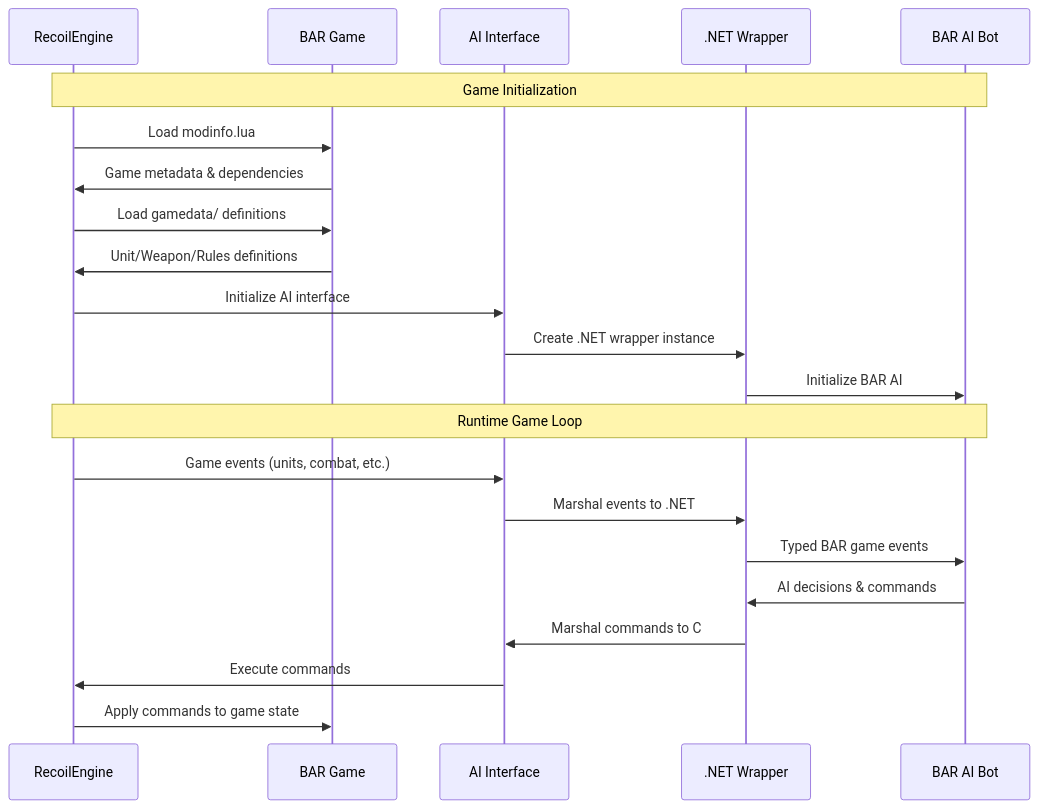
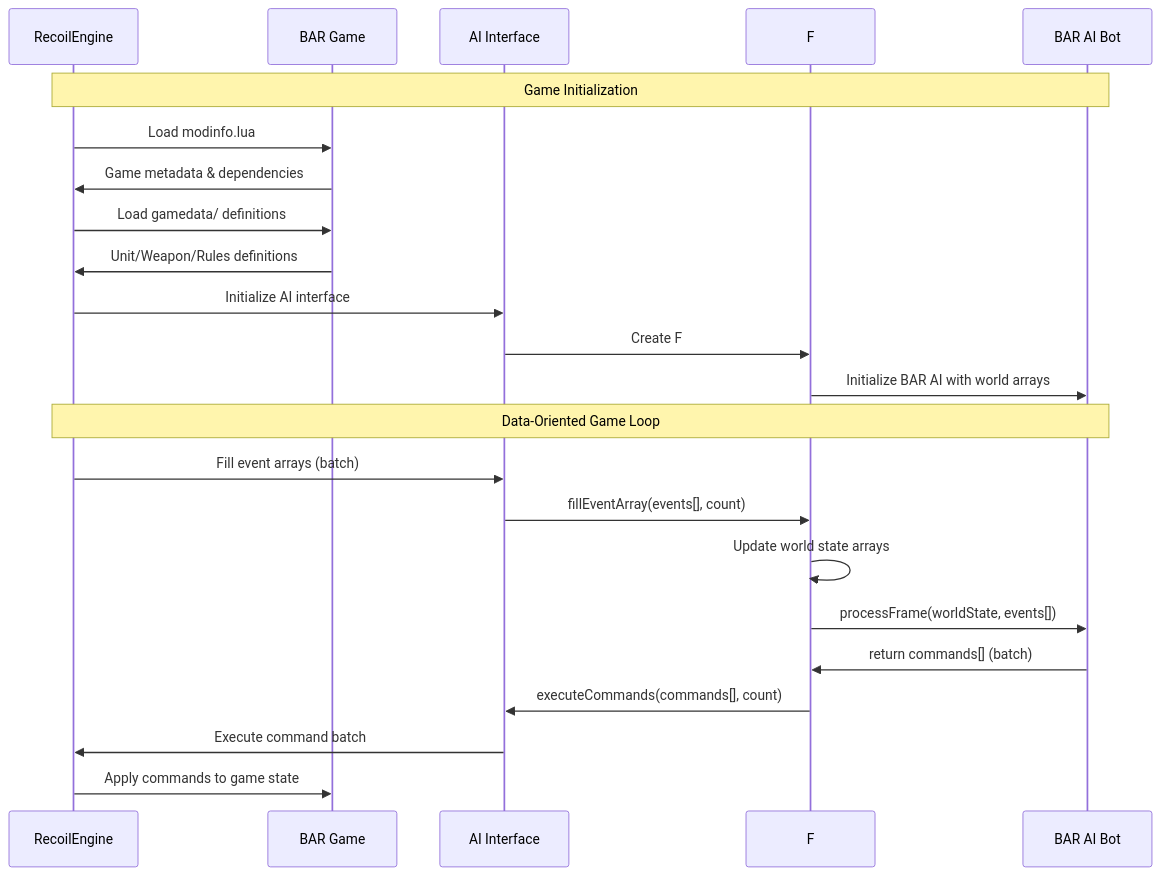
One commit to EHotwagner/RecoilEngine changed the second of 2 diagrams in AI/Wrappers/DotNet/BarIntegration.md. Above: the diagram before and after it, drawn with Mermaid.

Commit message:
Refactor sequence diagram: Update .NET wrapper references to F# wrapper and enhance data-oriented game loop representation

````diff
--- a/AI/Wrappers/DotNet/BarIntegration.md
+++ b/AI/Wrappers/DotNet/BarIntegration.md
@@ -104,26 +104,27 @@
 ```mermaid
 sequenceDiagram
     participant Engine as RecoilEngine
     participant BAR as BAR Game
     participant AI as AI Interface
-    participant DotNet as .NET Wrapper
+    participant FSharp as F# Wrapper
     participant BotAI as BAR AI Bot
     
     Note over Engine,BotAI: Game Initialization
     Engine->>BAR: Load modinfo.lua
     BAR->>Engine: Game metadata & dependencies
     Engine->>BAR: Load gamedata/ definitions
     BAR->>Engine: Unit/Weapon/Rules definitions
     Engine->>AI: Initialize AI interface
-    AI->>DotNet: Create .NET wrapper instance
-    DotNet->>BotAI: Initialize BAR AI
+    AI->>FSharp: Create F# wrapper instance
+    FSharp->>BotAI: Initialize BAR AI with world arrays
     
-    Note over Engine,BotAI: Runtime Game Loop
-    Engine->>AI: Game events (units, combat, etc.)
-    AI->>DotNet: Marshal events to .NET
-    DotNet->>BotAI: Typed BAR game events
-    BotAI->>DotNet: AI decisions & commands
-    DotNet->>AI: Marshal commands to C
-    AI->>Engine: Execute commands
+    Note over Engine,BotAI: Data-Oriented Game Loop
+    Engine->>AI: Fill event arrays (batch)
+    AI->>FSharp: fillEventArray(events[], count)
+    FSharp->>FSharp: Update world state arrays
+    FSharp->>BotAI: processFrame(worldState, events[])
+    BotAI->>FSharp: return commands[] (batch)
+    FSharp->>AI: executeCommands(commands[], count)
+    AI->>Engine: Execute command batch
     Engine->>BAR: Apply commands to game state
 ```
````
